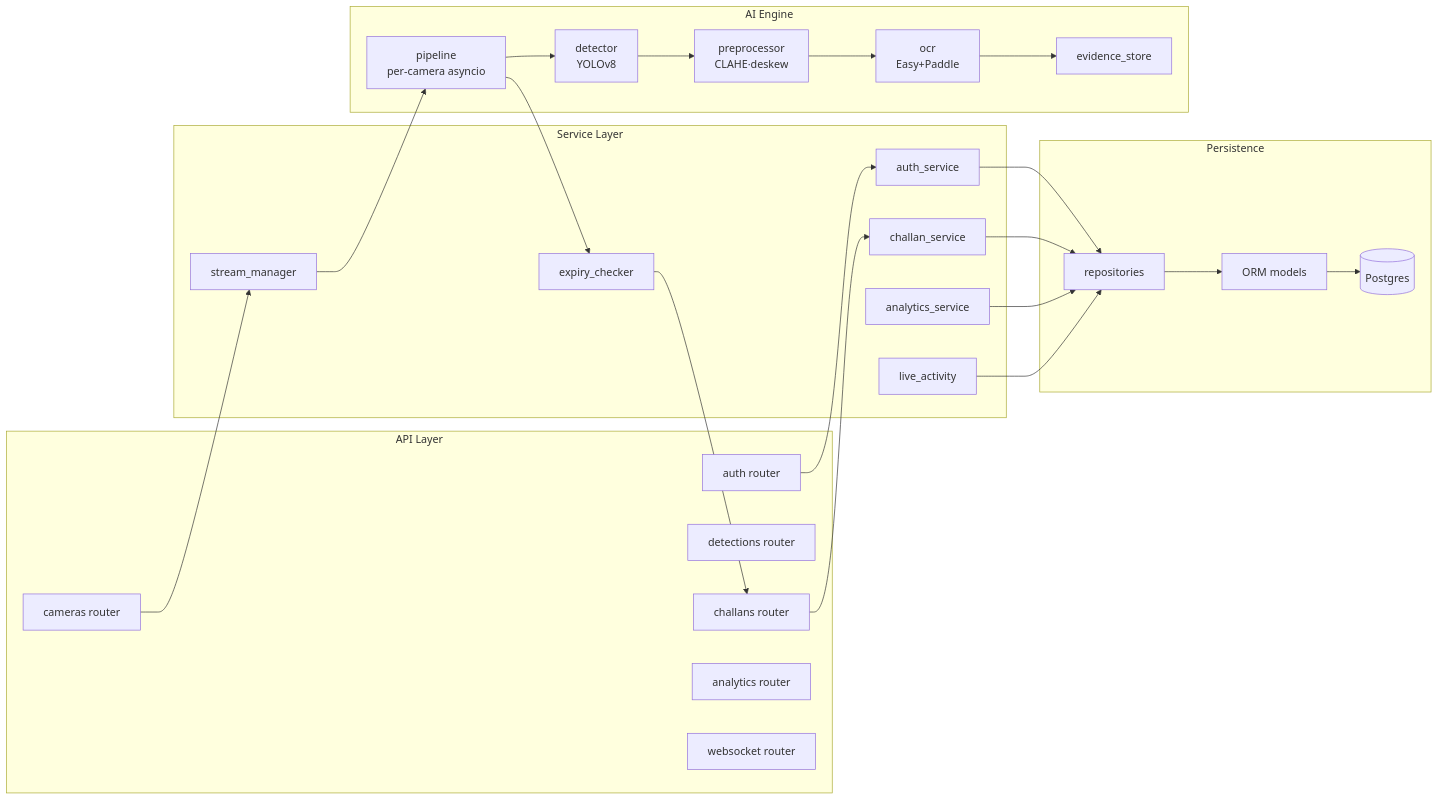
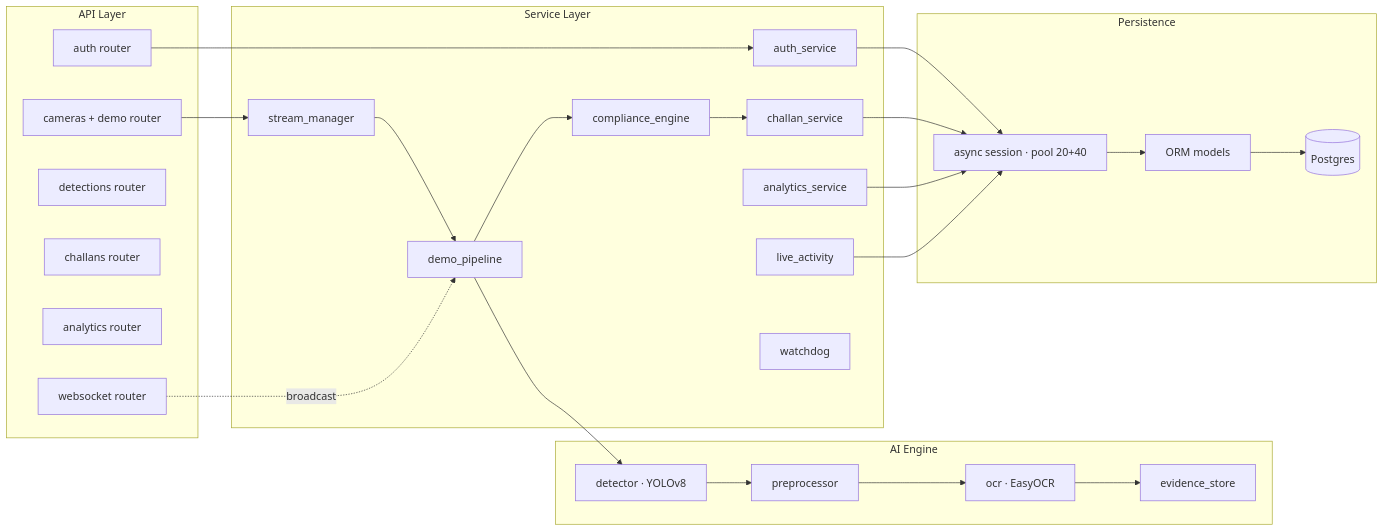
One commit to trivediyash154-source/ASEP-2 changed the sixth of 22 diagrams in README.md. Above: the diagram before and after it, drawn with Mermaid. The commit also changed other lines of this file and 16 other files, not shown here.

````diff
--- a/README.md
+++ b/README.md
@@ -198,45 +359,41 @@
 ```mermaid
 graph LR
     subgraph API[API Layer]
         AUTH[auth router]
-        CAMS[cameras router]
+        CAMS[cameras + demo router]
         DET[detections router]
         CHAL[challans router]
         ANAL[analytics router]
         WSR[websocket router]
     end
-
     subgraph Services[Service Layer]
         AS[auth_service]
         CS[challan_service]
         AN[analytics_service]
-        EC[expiry_checker]
+        EC[compliance_engine]
         SM[stream_manager]
+        DP[demo_pipeline]
         LA[live_activity]
+        WD[watchdog]
     end
-
     subgraph AI[AI Engine]
-        DT[detector<br/>YOLOv8]
-        OC[ocr<br/>Easy+Paddle]
-        PR[preprocessor<br/>CLAHE·deskew]
-        PL[pipeline<br/>per-camera asyncio]
+        DT[detector · YOLOv8]
+        OC[ocr · EasyOCR]
+        PR[preprocessor]
         ES[evidence_store]
     end
-
     subgraph Data[Persistence]
-        REPO[repositories]
+        SESS[async session · pool 20+40]
         MODELS[ORM models]
         DB[(Postgres)]
     end
 
     AUTH --> AS
-    CAMS --> SM
-    SM --> PL
-    PL --> DT --> PR --> OC --> ES
-    PL --> EC
-    EC --> CHAL
-    CHAL --> CS
-    AS & CS & AN --> REPO
-    REPO --> MODELS --> DB
-    LA --> REPO
+    CAMS --> SM --> DP
+    DP --> DT --> PR --> OC --> ES
+    DP --> EC --> CS
+    AS & CS & AN --> SESS
+    SESS --> MODELS --> DB
+    LA --> SESS
+    WSR -. broadcast .-> DP
 ```
````
